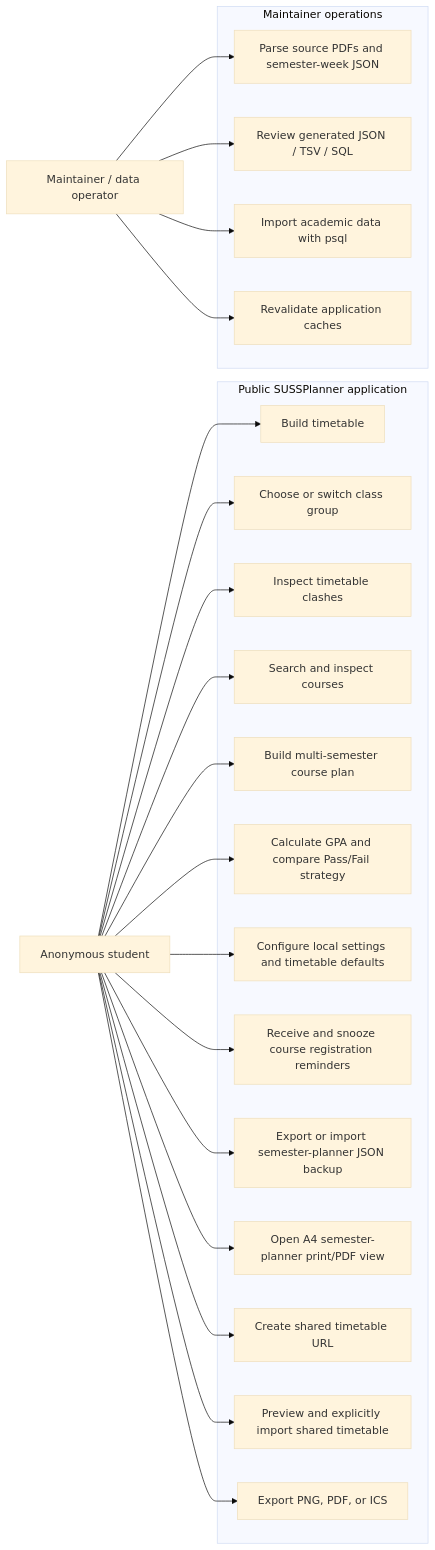
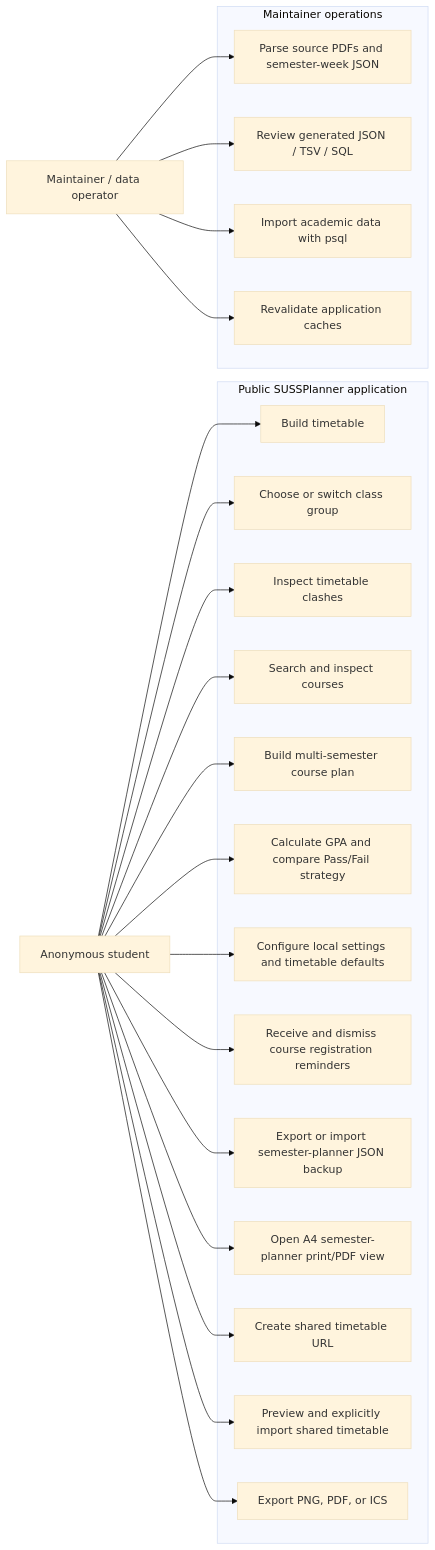
The third of 18 diagrams in docs/DeveloperGuide.md (lester-td/SUSSplanner), drawn with Mermaid (base theme) before and after one commit. The commit also changed other lines of this file and 1 other file, not shown here.

````diff
--- a/docs/DeveloperGuide.md
+++ b/docs/DeveloperGuide.md
@@ -538,47 +540,47 @@
 ```mermaid
 flowchart LR
     Student["Anonymous student"]
     Maintainer["Maintainer / data operator"]
 
     subgraph PublicApp["Public SUSSPlanner application"]
         Build["Build timetable"]
         Resolve["Choose or switch class group"]
         Clash["Inspect timetable clashes"]
         Search["Search and inspect courses"]
         Study["Build multi-semester course plan"]
         GPA["Calculate GPA and compare Pass/Fail strategy"]
         Settings["Configure local settings and timetable defaults"]
-        Reminders["Receive and snooze course registration reminders"]
+        Reminders["Receive and dismiss course registration reminders"]
         Backup["Export or import semester-planner JSON backup"]
         Print["Open A4 semester-planner print/PDF view"]
         Share["Create shared timetable URL"]
         Preview["Preview and explicitly import shared timetable"]
         Export["Export PNG, PDF, or ICS"]
     end
 
     subgraph Operations["Maintainer operations"]
         Parse["Parse source PDFs and semester-week JSON"]
         Review["Review generated JSON / TSV / SQL"]
         Import["Import academic data with psql"]
         Invalidate["Revalidate application caches"]
     end
 
     Student --> Build
     Student --> Resolve
     Student --> Clash
     Student --> Search
     Student --> Study
     Student --> GPA
     Student --> Settings
     Student --> Reminders
     Student --> Backup
     Student --> Print
     Student --> Share
     Student --> Preview
     Student --> Export
 
     Maintainer --> Parse
     Maintainer --> Review
     Maintainer --> Import
     Maintainer --> Invalidate
 ```
````
